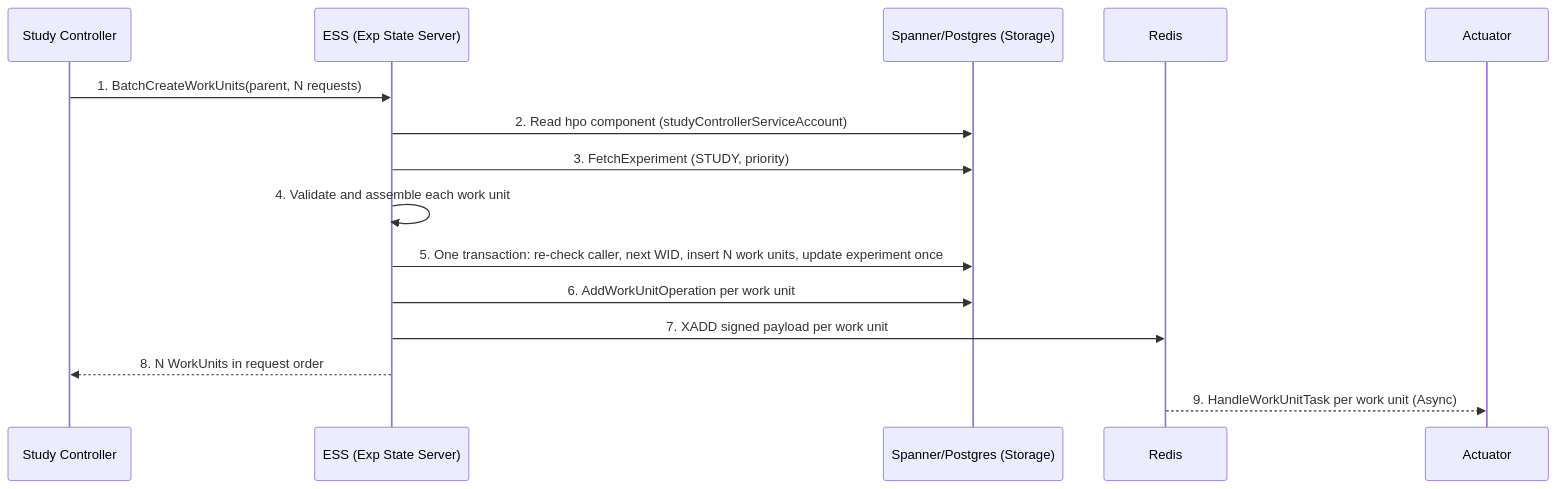
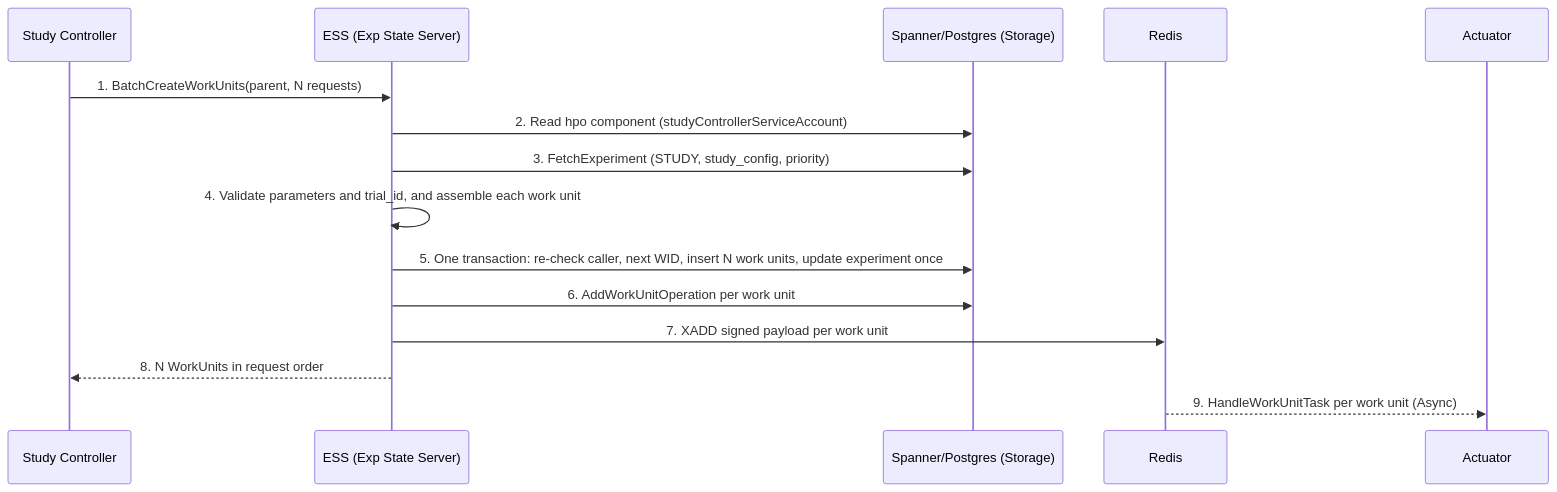
Before and after one commit to google/xmc: the third of 7 diagrams in docs/flows/work_unit_lifecycle.md, drawn with Mermaid. The commit also changed 42 other files, not shown here.

First line of the commit message:
feat(ess): add study trial fields to work units

````diff
--- a/docs/flows/work_unit_lifecycle.md
+++ b/docs/flows/work_unit_lifecycle.md
@@ -126,18 +126,18 @@
 ```mermaid
 sequenceDiagram
     participant SC as Study Controller
     participant ESS as ESS (Exp State Server)
     participant DB as Spanner/Postgres (Storage)
     participant Redis
     participant Actuator
 
     SC->>ESS: 1. BatchCreateWorkUnits(parent, N requests)
     ESS->>DB: 2. Read hpo component (studyControllerServiceAccount)
-    ESS->>DB: 3. FetchExperiment (STUDY, priority)
-    ESS->>ESS: 4. Validate and assemble each work unit
+    ESS->>DB: 3. FetchExperiment (STUDY, study_config, priority)
+    ESS->>ESS: 4. Validate parameters and trial_id, and assemble each work unit
     ESS->>DB: 5. One transaction: re-check caller, next WID, insert N work units, update experiment once
     ESS->>DB: 6. AddWorkUnitOperation per work unit
     ESS->>Redis: 7. XADD signed payload per work unit
     ESS-->>SC: 8. N WorkUnits in request order
     Redis-->>Actuator: 9. HandleWorkUnitTask per work unit (Async)
 ```
````
